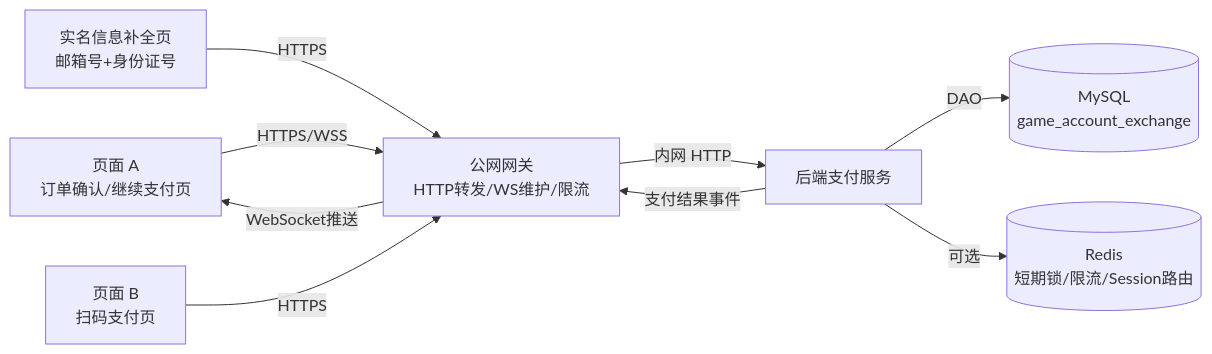
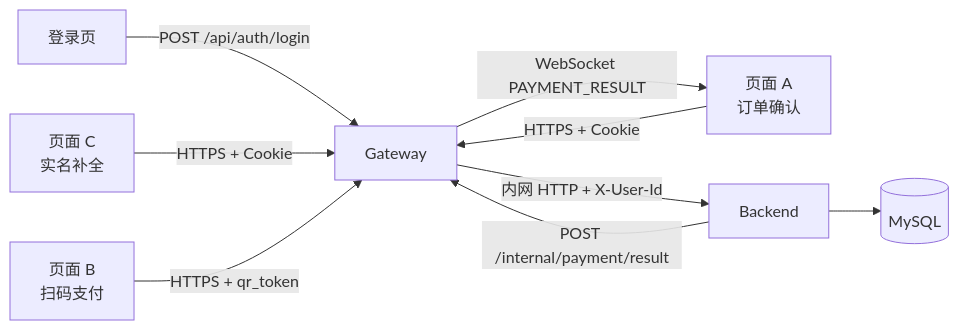
The diagram in 旧版_项目文档.md (XianShengZhou-bit/paid_server), drawn with Mermaid before and after one commit. The commit also changed other lines of this file, not shown here.

````diff
--- a/旧版_项目文档.md
+++ b/旧版_项目文档.md
@@ -210,13 +63,12 @@
 ```mermaid
 flowchart LR
-    PageA[页面 A\n订单确认/继续支付页] -->|HTTPS/WSS| Gateway[公网网关\nHTTP转发/WS维护/限流]
-    RealAuthPage[实名信息补全页\n邮箱号+身份证号] -->|HTTPS| Gateway
-    PageB[页面 B\n扫码支付页] -->|HTTPS| Gateway
+    Login[登录页] -->|POST /api/auth/login| Gateway
+    PageA[页面 A\n订单确认] -->|HTTPS + Cookie| Gateway
+    PageC[页面 C\n实名补全] -->|HTTPS + Cookie| Gateway
+    PageB[页面 B\n扫码支付] -->|HTTPS + qr_token| Gateway
 
-    Gateway -->|内网 HTTP| Payment[后端支付服务]
-    Payment -->|DAO| MySQL[(MySQL\ngame_account_exchange)]
-    Payment -->|可选| Redis[(Redis\n短期锁/限流/Session路由)]
-
-    Payment -->|支付结果事件| Gateway
-    Gateway -->|WebSocket推送| PageA
+    Gateway -->|内网 HTTP + X-User-Id| Backend
+    Backend --> MySQL[(MySQL)]
+    Backend -->|POST /internal/payment/result| Gateway
+    Gateway -->|WebSocket PAYMENT_RESULT| PageA
 ```
````
